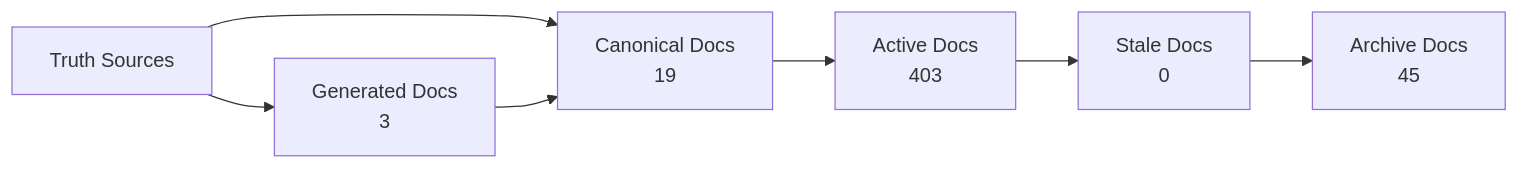
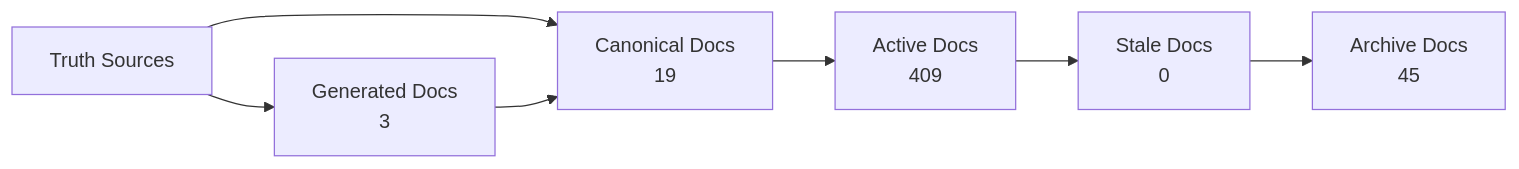
The diagram in docs/_generated/docs-trust-map.md (Latimer-Woods-Tech/Factory), drawn with Mermaid before and after one commit. The commit also changed other lines of this file and 11 other files, not shown here.

````diff
--- a/docs/_generated/docs-trust-map.md
+++ b/docs/_generated/docs-trust-map.md
@@ -20,14 +20,14 @@
 ```mermaid
 flowchart LR
   truth["Truth Sources"] --> canonical["Canonical Docs"]
   canonical --> active["Active Docs"]
   active --> stale["Stale Docs"]
   stale --> archive["Archive Docs"]
   canonical["Canonical Docs\n19"]
-  active["Active Docs\n403"]
+  active["Active Docs\n409"]
   stale["Stale Docs\n0"]
   archive["Archive Docs\n45"]
   generated["Generated Docs\n3"]
   truth --> generated
   generated --> canonical
 ```
````
